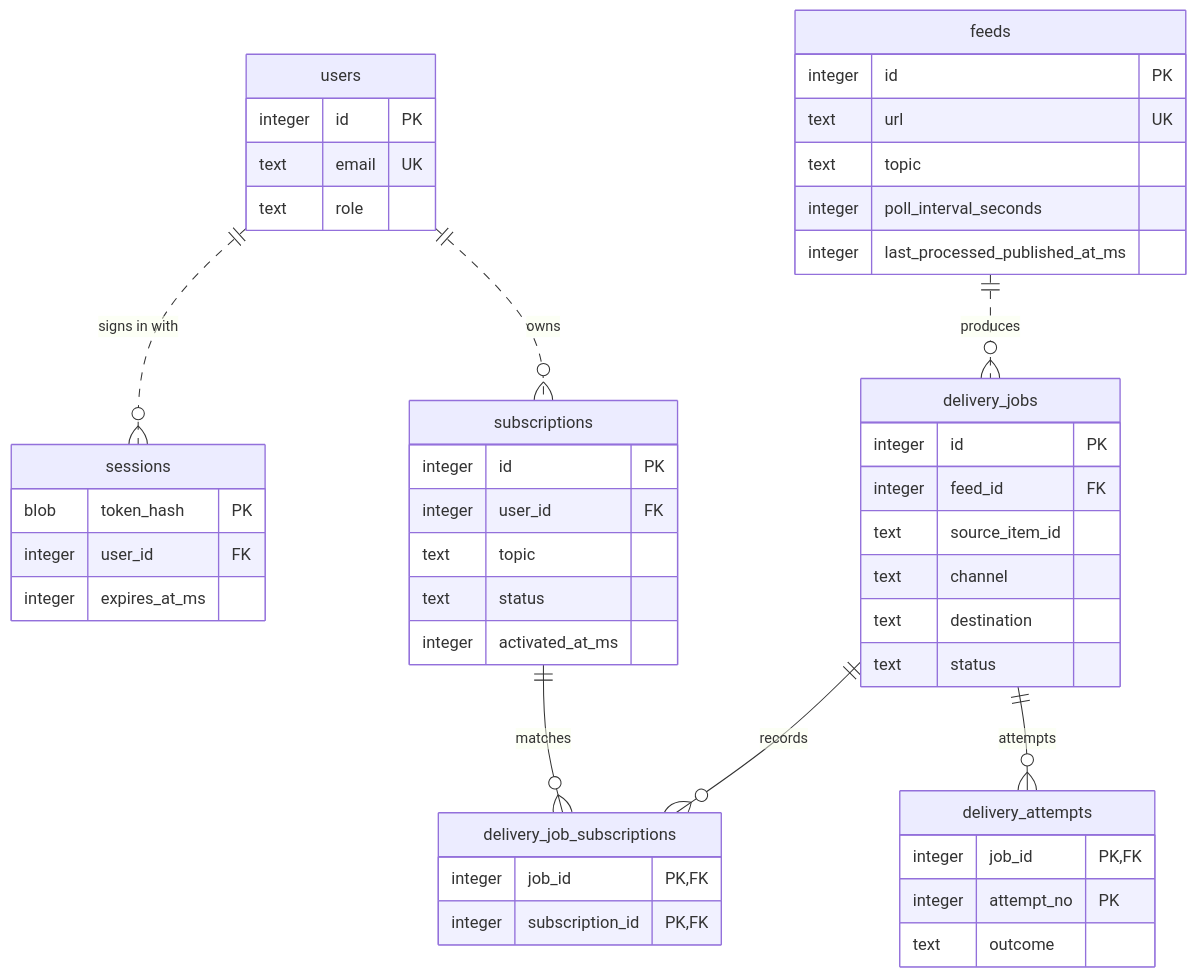
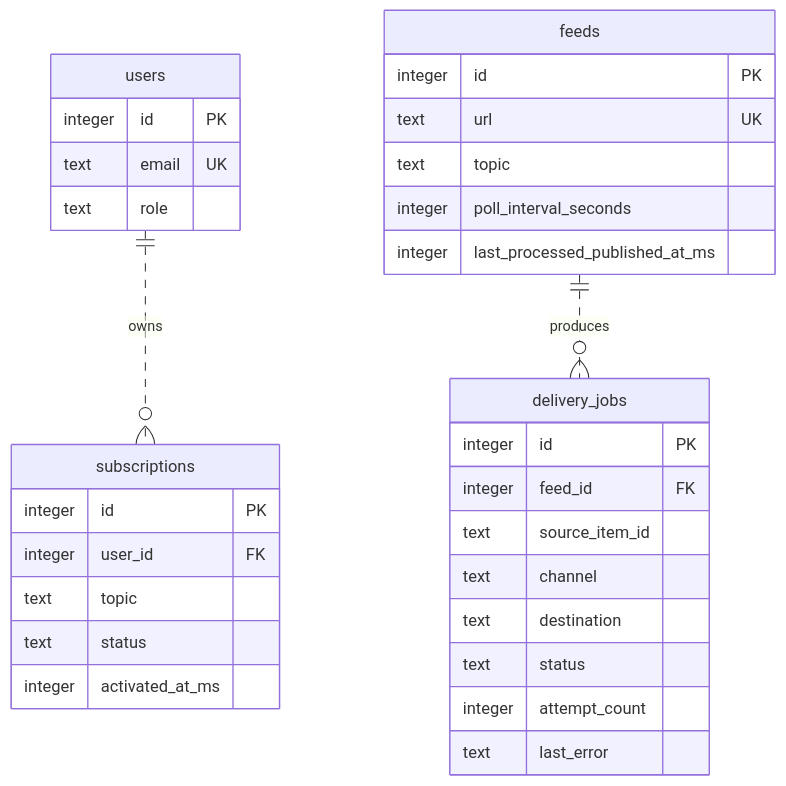
Before and after one commit to szacskesz/sonrisa_interview_assignment: the diagram in docs/P2-task-04-database-review.md, drawn with Mermaid. The commit also changed other lines of this file and 4 other files, not shown here.

````diff
--- a/docs/P2-task-04-database-review.md
+++ b/docs/P2-task-04-database-review.md
@@ -7,51 +7,35 @@
 ```mermaid
 erDiagram
-    users ||..o{ sessions : "signs in with"
     users ||..o{ subscriptions : owns
     feeds ||..o{ delivery_jobs : produces
-    delivery_jobs ||--o{ delivery_job_subscriptions : records
-    subscriptions ||--o{ delivery_job_subscriptions : matches
-    delivery_jobs ||--o{ delivery_attempts : attempts
 
     users {
         integer id PK
         text email UK
         text role
-    }
-    sessions {
-        blob token_hash PK
-        integer user_id FK
-        integer expires_at_ms
     }
     subscriptions {
         integer id PK
         integer user_id FK
         text topic
         text status
         integer activated_at_ms
     }
     feeds {
         integer id PK
         text url UK
         text topic
         integer poll_interval_seconds
         integer last_processed_published_at_ms
     }
     delivery_jobs {
         integer id PK
         integer feed_id FK
         text source_item_id
         text channel
         text destination
         text status
-    }
-    delivery_job_subscriptions {
-        integer job_id PK, FK
-        integer subscription_id PK, FK
-    }
-    delivery_attempts {
-        integer job_id PK, FK
-        integer attempt_no PK
-        text outcome
+        integer attempt_count
+        text last_error
     }
 ```
````
